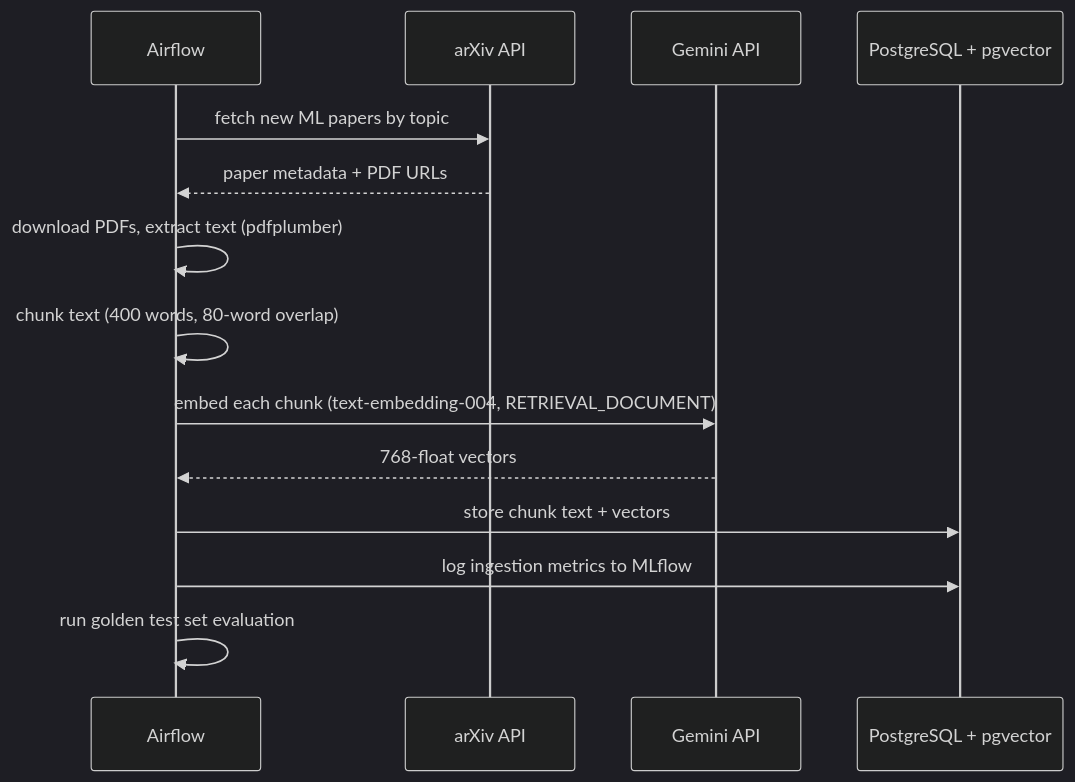
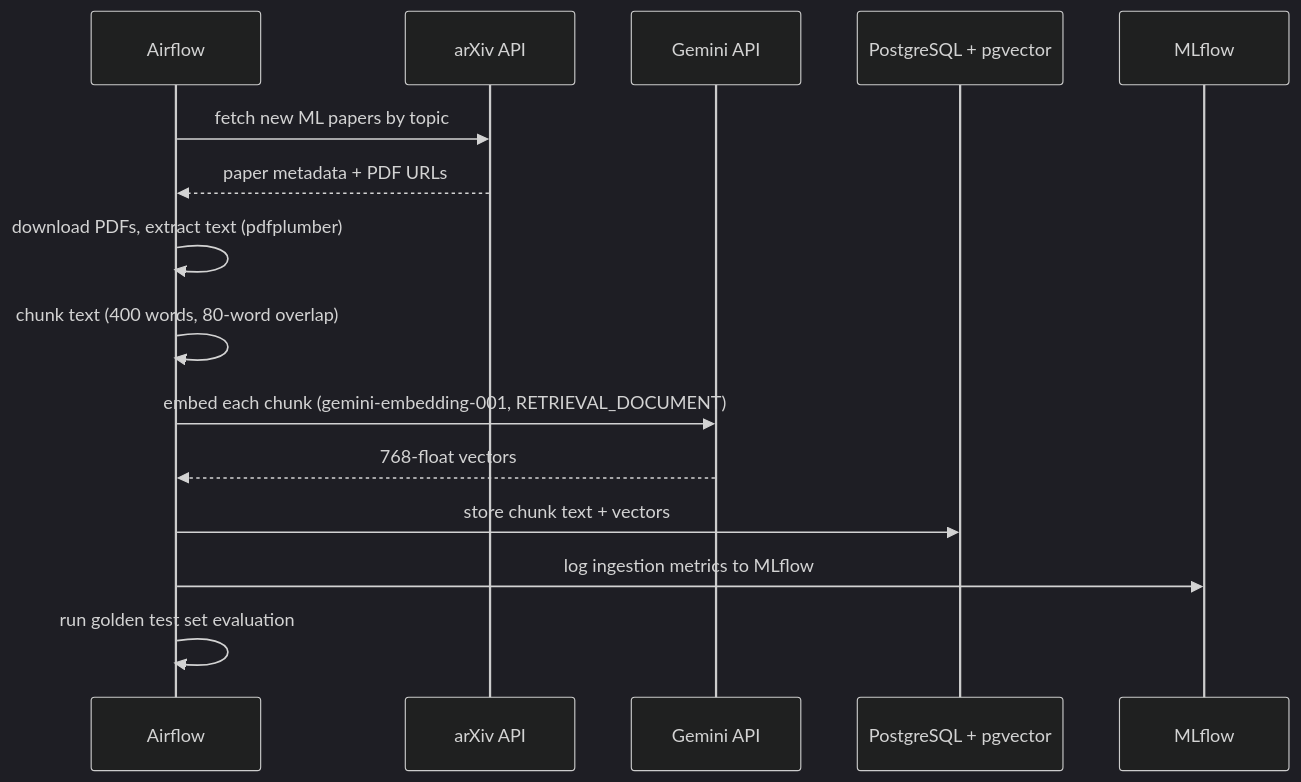
The second of 3 diagrams in README.md (dingzehu/arxiv-rag), drawn with Mermaid (dark theme) before and after one commit. The commit also changed other lines of this file, not shown here.

````diff
--- a/README.md
+++ b/README.md
@@ -50,17 +50,18 @@
 ```mermaid
 sequenceDiagram
     participant A as Airflow
     participant X as arXiv API
     participant G as Gemini API
     participant P as PostgreSQL + pgvector
+    participant M as MLflow
 
     A->>X: fetch new ML papers by topic
     X-->>A: paper metadata + PDF URLs
     A->>A: download PDFs, extract text (pdfplumber)
     A->>A: chunk text (400 words, 80-word overlap)
-    A->>G: embed each chunk (text-embedding-004, RETRIEVAL_DOCUMENT)
+    A->>G: embed each chunk (gemini-embedding-001, RETRIEVAL_DOCUMENT)
     G-->>A: 768-float vectors
     A->>P: store chunk text + vectors
-    A->>P: log ingestion metrics to MLflow
+    A->>M: log ingestion metrics to MLflow
     A->>A: run golden test set evaluation
 ```
````
